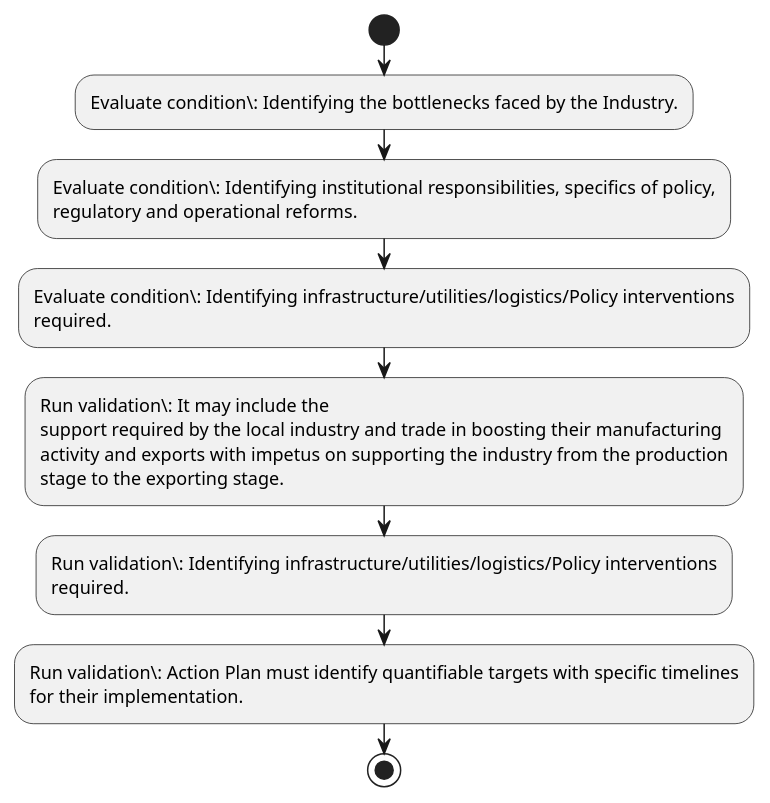
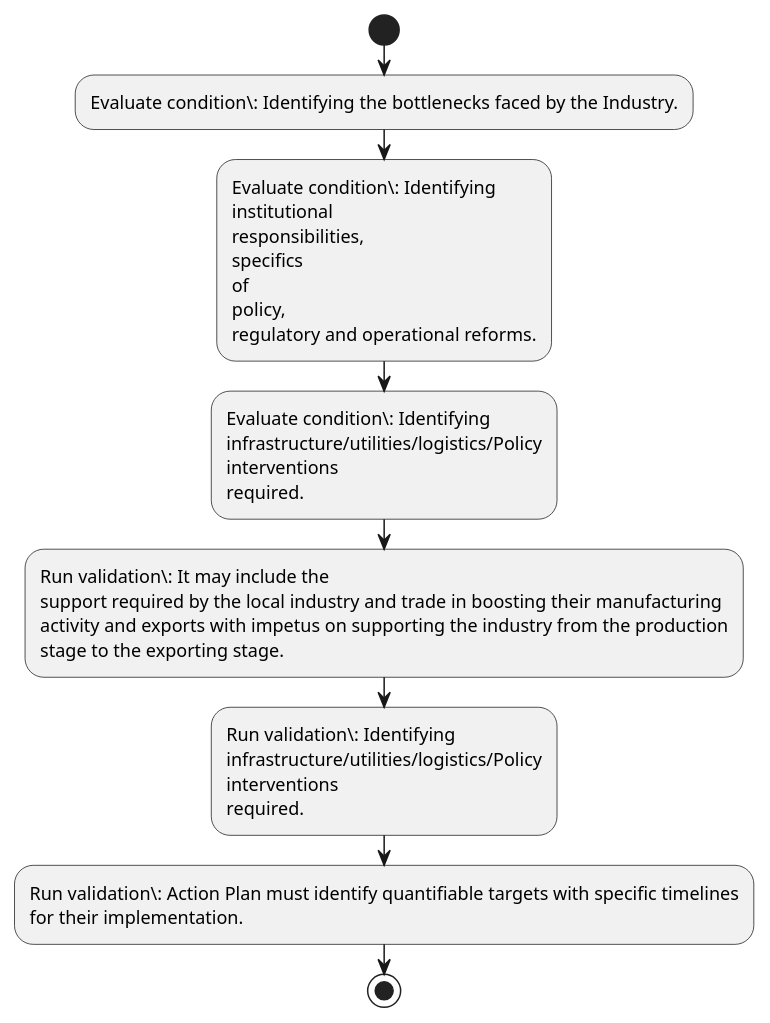
Before and after one commit to mohan-vasanth/dekai: the second of 2 diagrams in output/markdown/3.05_District_Export_Action_Plans_for_Each_District.md, drawn with PlantUML. The commit also changed other lines of this file and 2688 other files, not shown here.

````diff
--- a/output/markdown/3.05_District_Export_Action_Plans_for_Each_District.md
+++ b/output/markdown/3.05_District_Export_Action_Plans_for_Each_District.md
@@ -353,19 +344,28 @@
 ```plantuml
 @startuml
 start
 :Evaluate condition\: Identifying the bottlenecks faced by the Industry.;
-:Evaluate condition\: Identifying institutional responsibilities, specifics of policy,
+:Evaluate condition\: Identifying
+institutional
+responsibilities,
+specifics
+of
+policy,
 regulatory and operational reforms.;
-:Evaluate condition\: Identifying infrastructure/utilities/logistics/Policy interventions
+:Evaluate condition\: Identifying
+infrastructure/utilities/logistics/Policy
+interventions
 required.;
 :Run validation\: It may include the
 support required by the local industry and trade in boosting their manufacturing
 activity and exports with impetus on supporting the industry from the production
 stage to the exporting stage.;
-:Run validation\: Identifying infrastructure/utilities/logistics/Policy interventions
+:Run validation\: Identifying
+infrastructure/utilities/logistics/Policy
+interventions
 required.;
 :Run validation\: Action Plan must identify quantifiable targets with specific timelines
 for their implementation.;
 stop
 @enduml
 ```
````
